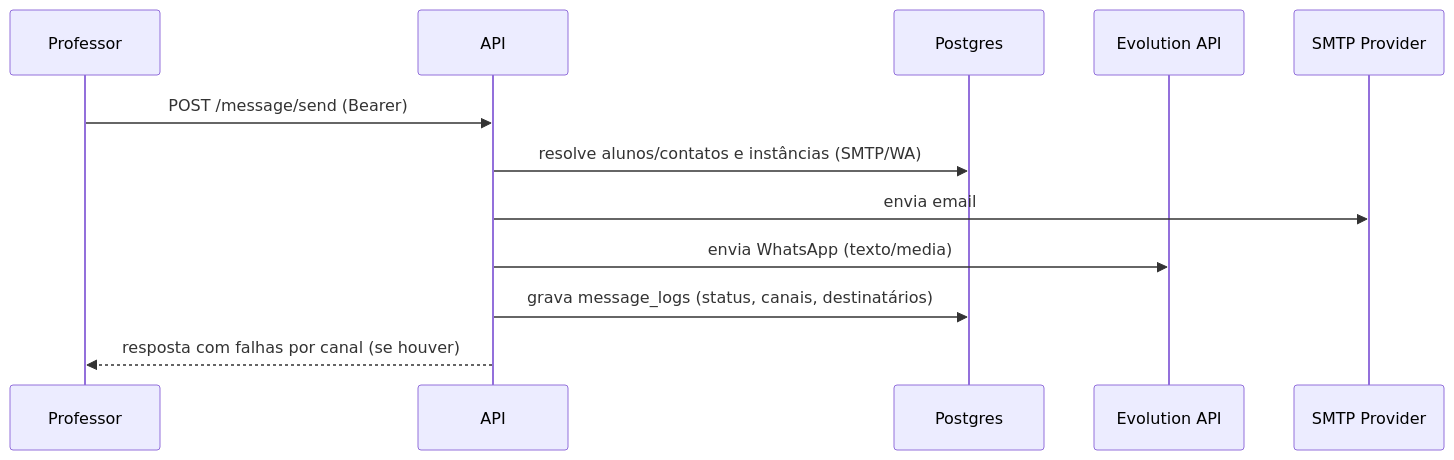
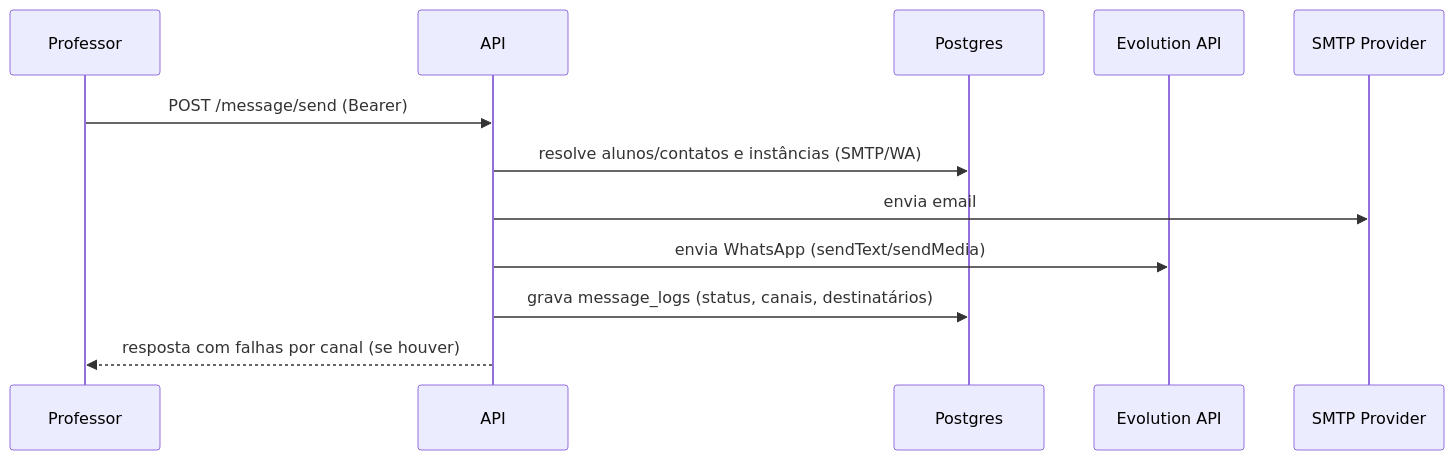
One commit to ThalysSilva/unicast-backend changed the third of 8 diagrams in README.md. Above: the diagram before and after it, drawn with Mermaid. The commit also changed other lines of this file and 6 other files, not shown here.

````diff
--- a/README.md
+++ b/README.md
@@ -133,15 +161,15 @@
 ```mermaid
 sequenceDiagram
     participant Professor
     participant API
     participant DB as Postgres
     participant Evo as Evolution API
     participant Mail as SMTP Provider
 
     Professor->>API: POST /message/send (Bearer)
     API->>DB: resolve alunos/contatos e instâncias (SMTP/WA)
     API->>Mail: envia email
-    API->>Evo: envia WhatsApp (texto/media)
+    API->>Evo: envia WhatsApp (sendText/sendMedia)
     API->>DB: grava message_logs (status, canais, destinatários)
     API-->>Professor: resposta com falhas por canal (se houver)
 ```
````
